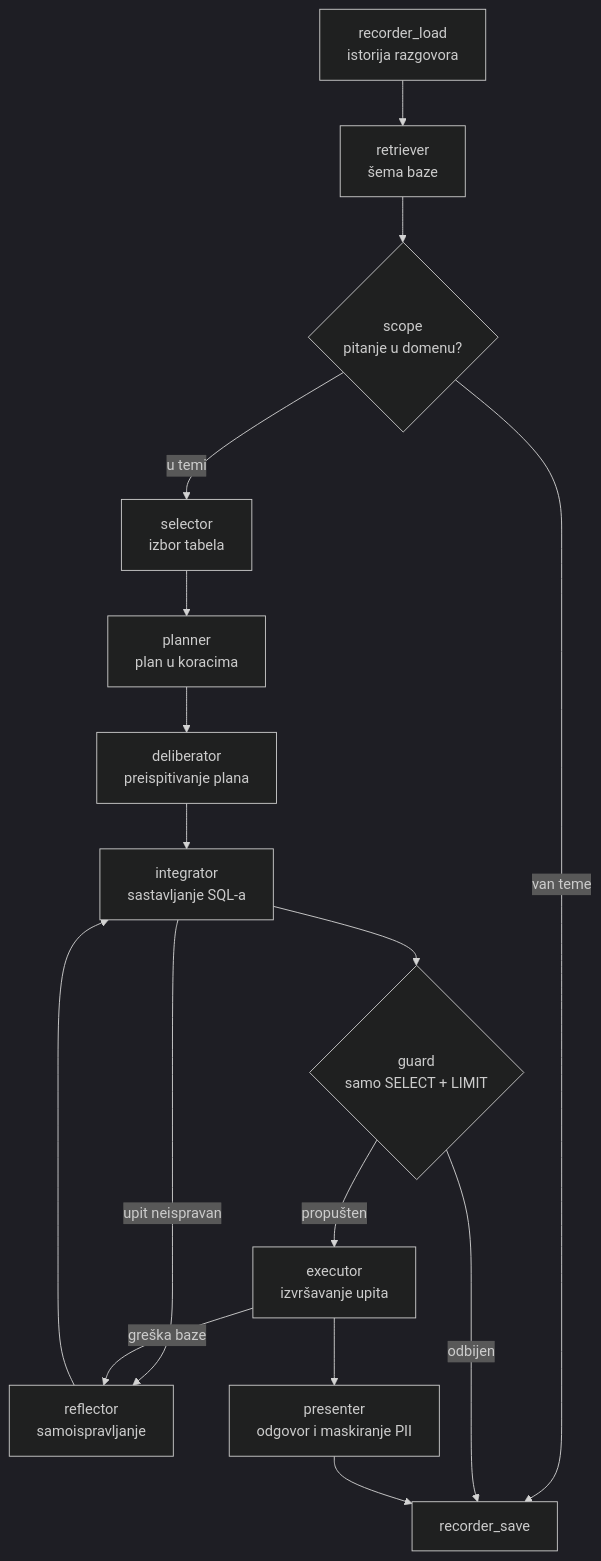
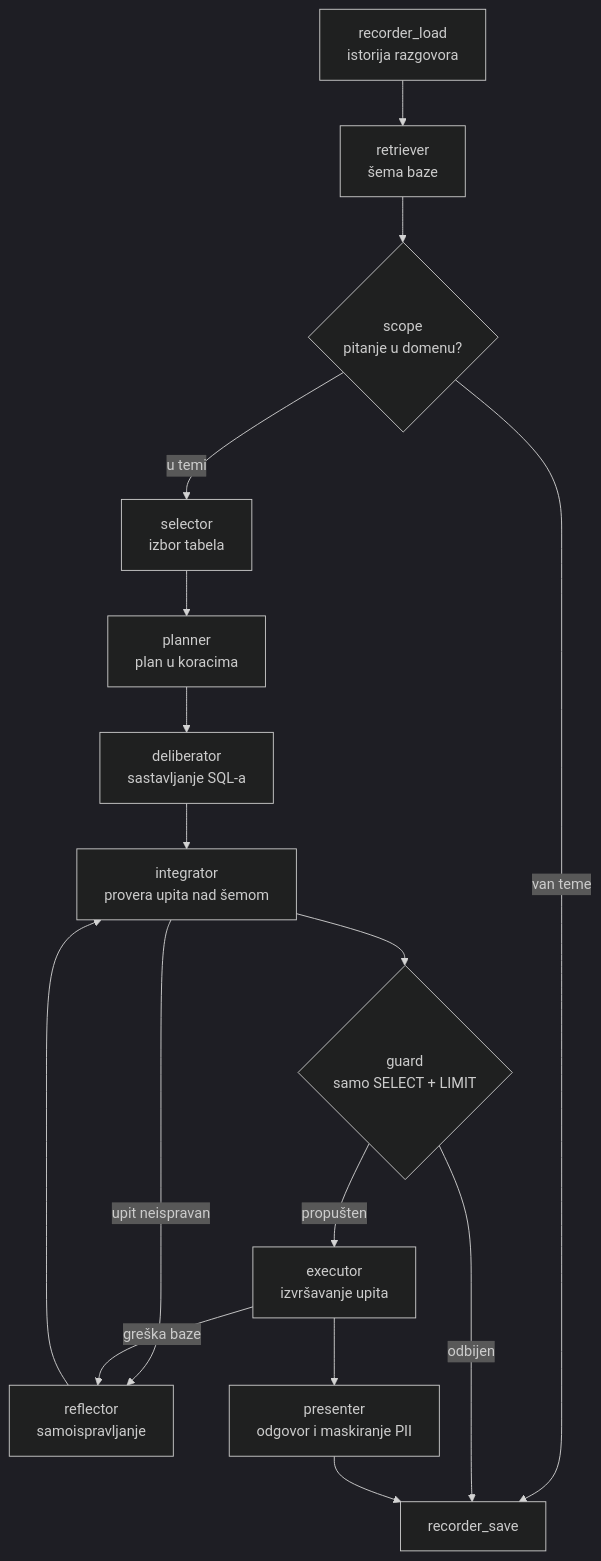
Before and after one commit to leaaa444/Text2Sql: the diagram in README.md, drawn with Mermaid (dark theme).

Commit message:
ispravka

````diff
--- a/README.md
+++ b/README.md
@@ -23,18 +23,18 @@
 ```mermaid
 flowchart TD
     A["recorder_load<br/>istorija razgovora"] --> B["retriever<br/>šema baze"]
     B --> C{"scope<br/>pitanje u domenu?"}
     C -->|van teme| K["recorder_save"]
     C -->|u temi| D["selector<br/>izbor tabela"]
     D --> E["planner<br/>plan u koracima"]
-    E --> F["deliberator<br/>preispitivanje plana"]
-    F --> G["integrator<br/>sastavljanje SQL-a"]
+    E --> F["deliberator<br/>sastavljanje SQL-a"]
+    F --> G["integrator<br/>provera upita nad šemom"]
     G -->|upit neispravan| R["reflector<br/>samoispravljanje"]
     R --> G
     G --> H{"guard<br/>samo SELECT + LIMIT"}
     H -->|odbijen| K
     H -->|propušten| I["executor<br/>izvršavanje upita"]
     I -->|greška baze| R
     I --> J["presenter<br/>odgovor i maskiranje PII"]
     J --> K
 ```
````
